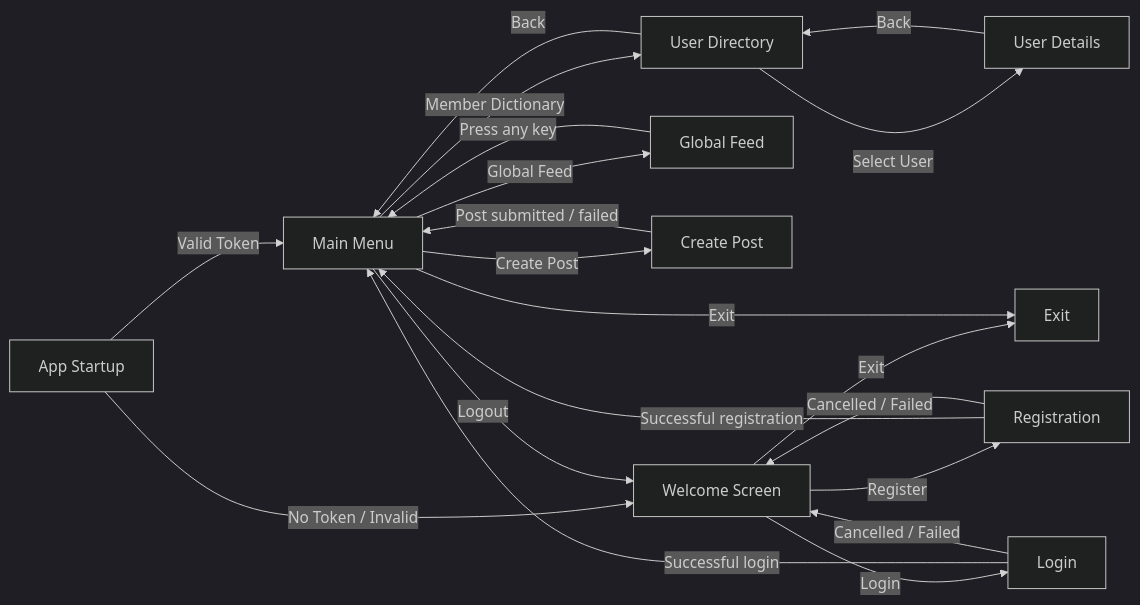
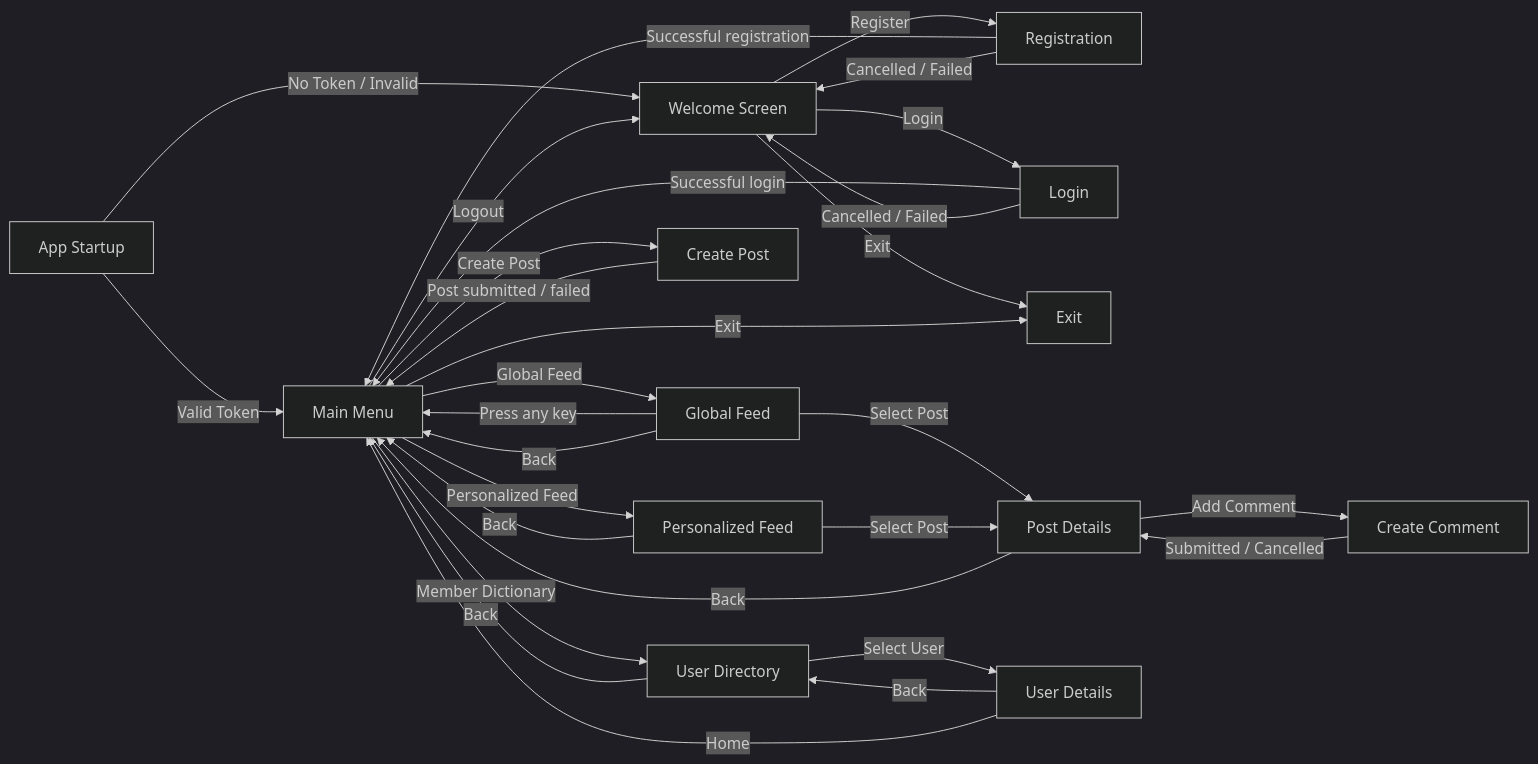
The diagram in docs/UI Dialog Flow.md (GitGitRice/social-media-app), drawn with Mermaid (dark theme) before and after one commit. The commit also changed other lines of this file, not shown here.

Commit message:
updated dialog flow with latest state of source code

````diff
--- a/docs/UI Dialog Flow.md
+++ b/docs/UI Dialog Flow.md
@@ -3,49 +3,67 @@
 ```mermaid
 flowchart LR
     %% Main Entry Points
     Startup[App Startup]
     Welcome[Welcome Screen]
     
     Startup -- "Valid Token" --> MainMenu
     Startup -- "No Token / Invalid" --> Welcome
 
     Welcome -- "Register" --> Registration
     Welcome -- "Login" --> Login
     Welcome -- "Exit" --> ExitApp
     
     Registration[Registration]
     Login[Login]
     
     Registration -- "Successful registration" --> MainMenu
     Registration -- "Cancelled / Failed" --> Welcome
     
     Login -- "Successful login" --> MainMenu
     Login -- "Cancelled / Failed" --> Welcome
     
     %% Main Menu Hub
     MainMenu[Main Menu]
     
     MainMenu -- "Global Feed" --> GlobalFeed
+    MainMenu -- "Personalized Feed" --> PersonalizedFeed
     MainMenu -- "Create Post" --> CreatePost
     MainMenu -- "Member Dictionary" --> UserDirectory
     MainMenu -- "Logout" --> Welcome
     MainMenu -- "Exit" --> ExitApp
     
     %% Feed Actions
     GlobalFeed[Global Feed]
     GlobalFeed -- "Press any key" --> MainMenu
+    GlobalFeed -- "Select Post" --> PostDetails
+    GlobalFeed -- "Back" --> MainMenu
+
+    PersonalizedFeed[Personalized Feed]
+    PersonalizedFeed -- "Select Post" --> PostDetails
+    PersonalizedFeed -- "Back" --> MainMenu
     
     %% User Actions
     UserDirectory[User Directory]
     UserDirectory -- "Select User" --> UserDetails
     UserDirectory -- "Back" --> MainMenu
 
+    
     UserDetails[User Details]
     UserDetails -- "Back" --> UserDirectory
+    UserDetails -- "Home" --> MainMenu
 
     %% Post Actions
     CreatePost[Create Post]
     CreatePost -- "Post submitted / failed" --> MainMenu
+    
+    PostDetails[Post Details]
+    PostDetails -- "Add Comment" --> CreateComment
+    %% Simplified: "Back" returns to the previous screen on the stack (e.g., a feed)
+    PostDetails -- "Back" --> MainMenu 
+
+    CreateComment[Create Comment]
+    CreateComment -- "Submitted / Cancelled" --> PostDetails
+
 
     ExitApp[Exit]
 ```
````
